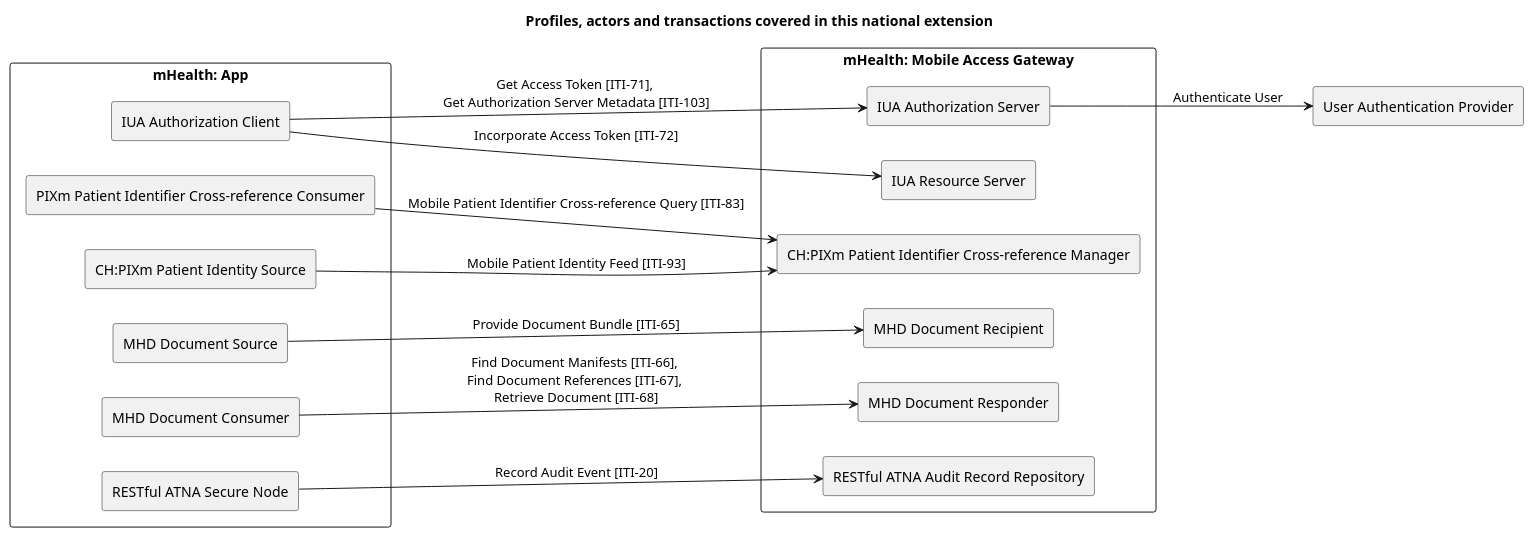
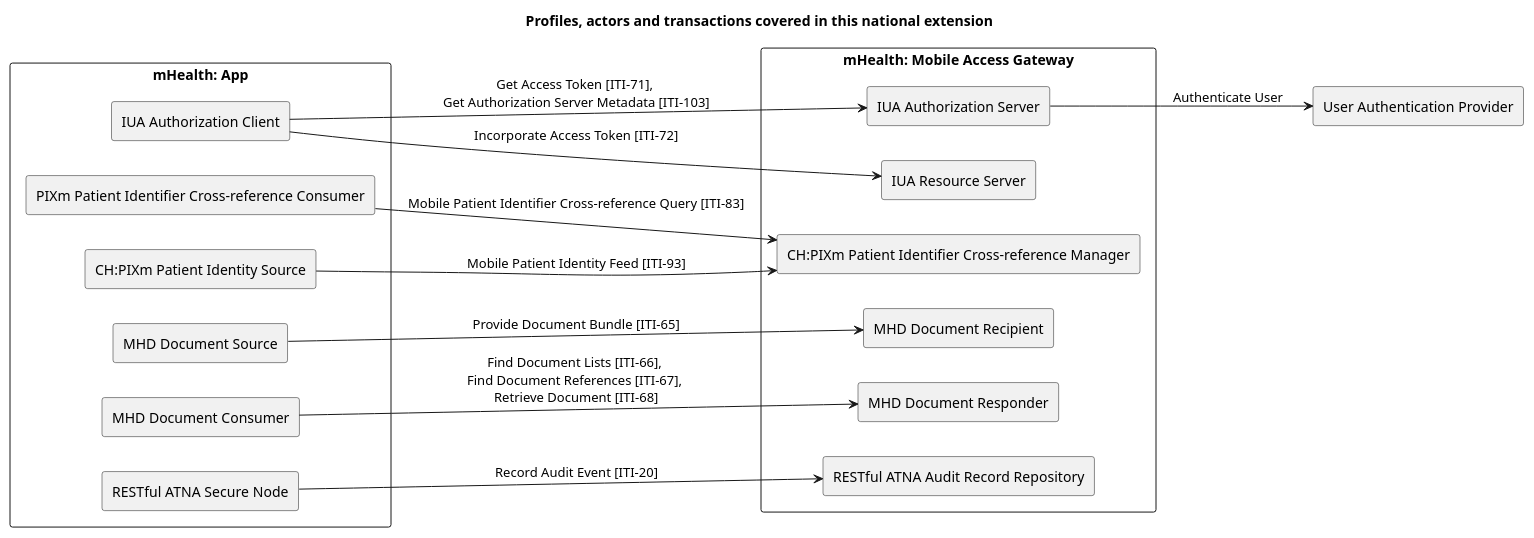
Before and after one commit to ehealthsuisse/ch-epr-fhir: the diagram in input/images-source/overview.plantuml, drawn with PlantUML. The commit also changed 32 other files, not shown here.

```diff
--- a/input/images-source/overview.plantuml
+++ b/input/images-source/overview.plantuml
@@ -1,43 +1,43 @@
 @startuml
 
 title **Profiles, actors and transactions covered in this national extension**
 
 skinparam componentStyle rectangle
 left to right direction
 
 component "mHealth: App" {
   [IUA Authorization Client] as IUAClient
 
   [PIXm Patient Identifier Cross-reference Consumer] as PIXmConsumer
   [CH:PIXm Patient Identity Source] as PIXmSource
 
   [MHD Document Source] as MHDSource
   [MHD Document Consumer] as MHDConsumer
 
   [RESTful ATNA Secure Node] as ATNANode
 }
 
 component "mHealth: Mobile Access Gateway" {
   [IUA Authorization Server] as IUAAuthServer
   IUAClient -> IUAAuthServer : Get Access Token [ITI-71], \nGet Authorization Server Metadata [ITI-103]
   [IUA Resource Server] as IUAResourceServer
   IUAClient --> IUAResourceServer : Incorporate Access Token [ITI-72]
 
   [CH:PIXm Patient Identifier Cross-reference Manager] as PIXmManager
   PIXmConsumer --> PIXmManager : Mobile Patient Identifier Cross-reference Query [ITI-83]
   PIXmSource --> PIXmManager : Mobile Patient Identity Feed [ITI-93]
 
   [MHD Document Recipient] as MHDRecipient
   MHDSource --> MHDRecipient : Provide Document Bundle [ITI-65]
 
   [MHD Document Responder] as MHDResponder
-  MHDConsumer --> MHDResponder : Find Document Manifests [ITI-66], \nFind Document References [ITI-67], \nRetrieve Document [ITI-68] 
+  MHDConsumer --> MHDResponder : Find Document Lists [ITI-66], \nFind Document References [ITI-67], \nRetrieve Document [ITI-68] 
 
   [RESTful ATNA Audit Record Repository] as ATNARepository
   ATNANode --> ATNARepository : Record Audit Event [ITI-20]
 }
 
 [User Authentication Provider] as UAProvider
 IUAAuthServer --> UAProvider : Authenticate User
 
 @enduml
```
